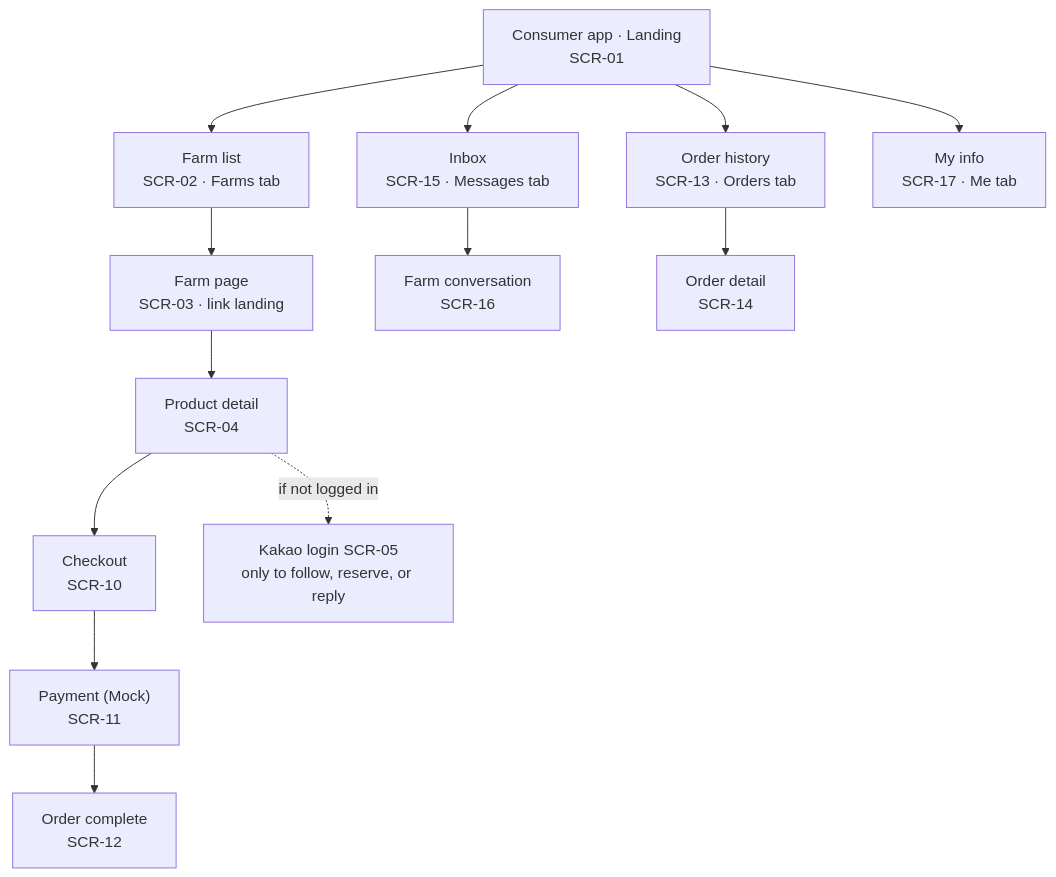
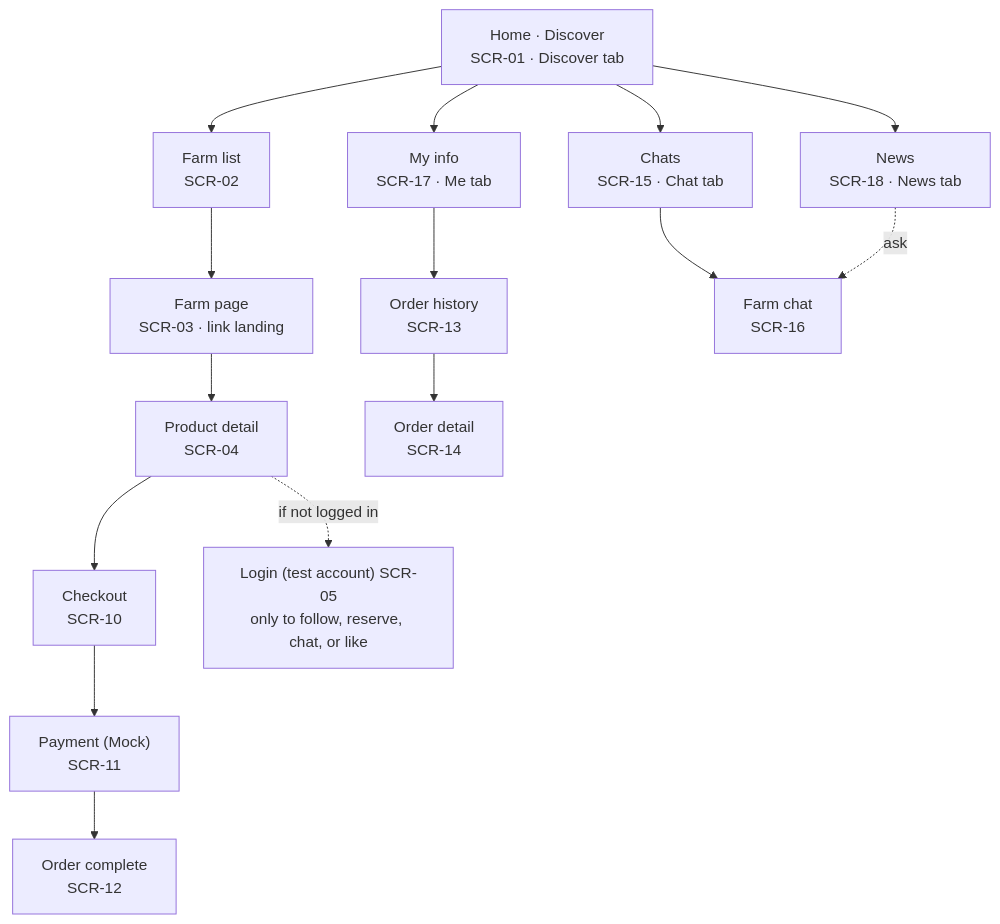
Before and after one commit to snuhcs-course/swpp-2026-project-team-06: the first of 5 diagrams in docs/wiki/Design-Documentation.md, drawn with Mermaid. The commit also changed other lines of this file and 2 other files, not shown here.

````diff
--- a/docs/wiki/Design-Documentation.md
+++ b/docs/wiki/Design-Documentation.md
@@ -106,16 +107,18 @@
 ```mermaid
 flowchart TD
-  root["Consumer app · Landing<br/>SCR-01"]
-  root --> farms["Farm list<br/>SCR-02 · Farms tab"]
-  root --> inbox["Inbox<br/>SCR-15 · Messages tab"]
-  root --> orders["Order history<br/>SCR-13 · Orders tab"]
+  root["Home · Discover<br/>SCR-01 · Discover tab"]
+  root --> farms["Farm list<br/>SCR-02"]
+  root --> news["News<br/>SCR-18 · News tab"]
+  root --> inbox["Chats<br/>SCR-15 · Chat tab"]
   root --> me["My info<br/>SCR-17 · Me tab"]
+  me --> orders["Order history<br/>SCR-13"]
   farms --> farm["Farm page<br/>SCR-03 · link landing"]
   farm --> product["Product detail<br/>SCR-04"]
   product --> checkout["Checkout<br/>SCR-10"]
   checkout --> pay["Payment (Mock)<br/>SCR-11"]
   pay --> done["Order complete<br/>SCR-12"]
-  inbox --> thread["Farm conversation<br/>SCR-16"]
+  inbox --> thread["Farm chat<br/>SCR-16"]
+  news -. ask .-> thread
   orders --> detail["Order detail<br/>SCR-14"]
-  product -. if not logged in .-> login["Kakao login SCR-05<br/>only to follow, reserve, or reply"]
+  product -. if not logged in .-> login["Login (test account) SCR-05<br/>only to follow, reserve, chat, or like"]
 ```
````
